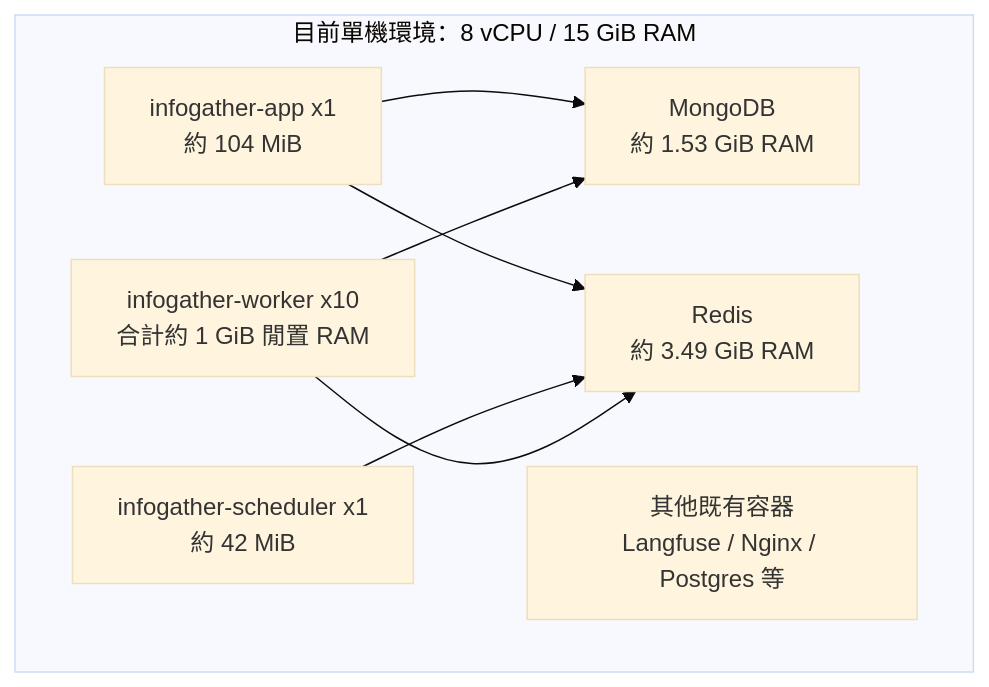
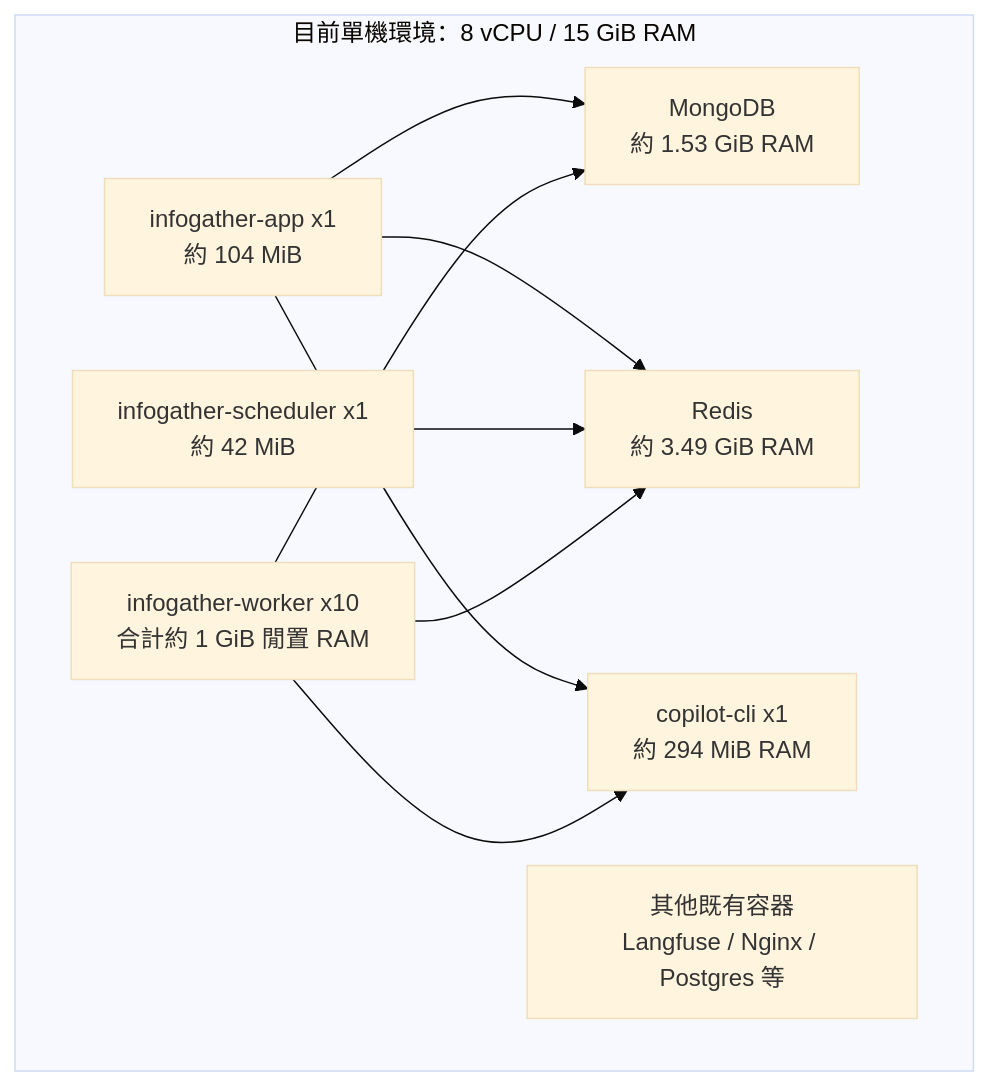
The second of 17 diagrams in production-resource-architecture-proposal.md (chunkai1312/temp), drawn with Mermaid (base theme) before and after one commit. The commit also changed other lines of this file, not shown here.

````diff
--- a/production-resource-architecture-proposal.md
+++ b/production-resource-architecture-proposal.md
@@ -70,16 +77,19 @@
 ```mermaid
 flowchart TB
   subgraph HOST["目前單機環境：8 vCPU / 15 GiB RAM"]
     APP["infogather-app x1\n約 104 MiB"]
     SCHED["infogather-scheduler x1\n約 42 MiB"]
     WORKERS["infogather-worker x10\n合計約 1 GiB 閒置 RAM"]
+    CLI["copilot-cli x1\n約 294 MiB RAM"]
     MONGO["MongoDB\n約 1.53 GiB RAM"]
     REDIS["Redis\n約 3.49 GiB RAM"]
     OTHER["其他既有容器\nLangfuse / Nginx / Postgres 等"]
   end
   APP --> MONGO
   APP --> REDIS
+  APP --> CLI
   SCHED --> REDIS
   WORKERS --> REDIS
   WORKERS --> MONGO
+  WORKERS --> CLI
 ```
````
